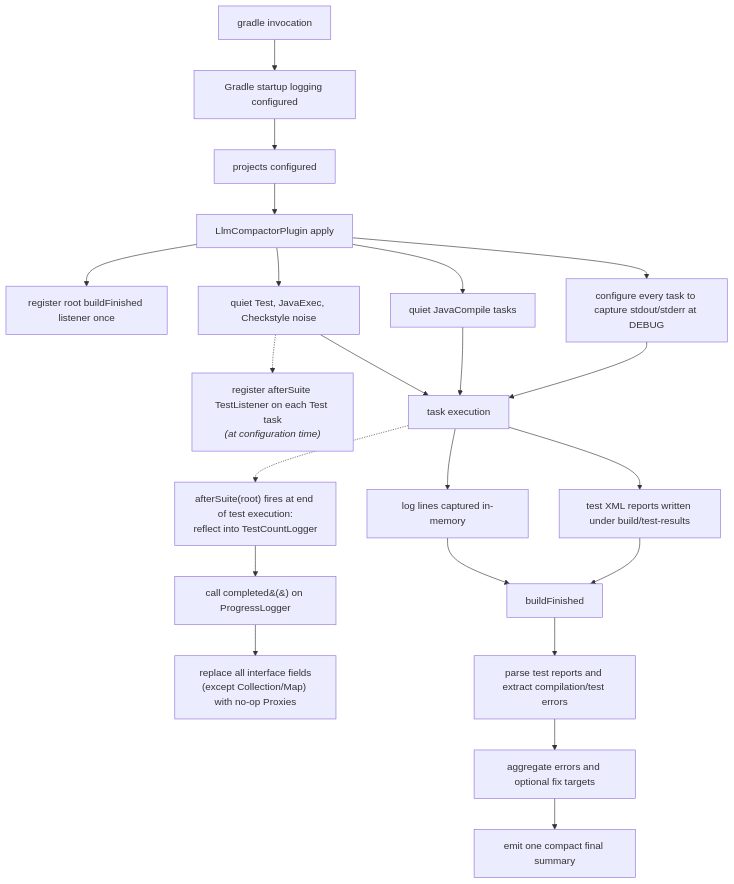
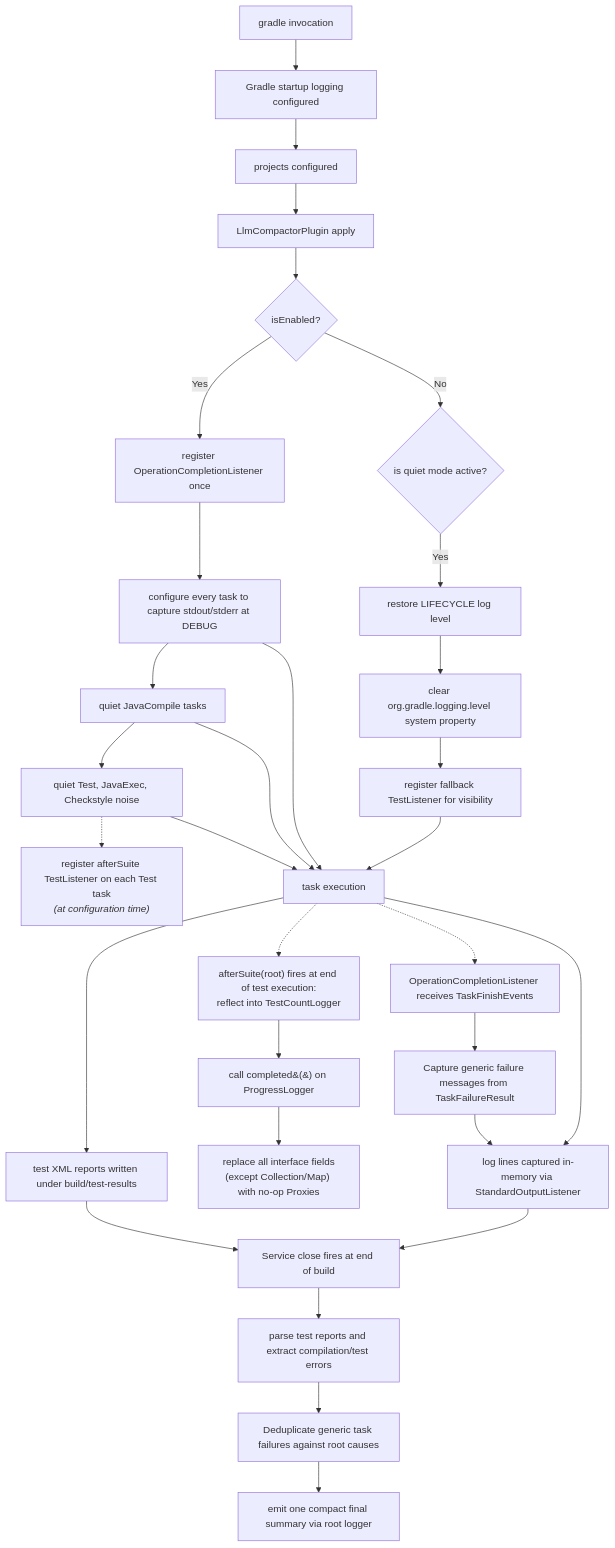
The diagram in docs/gradle-design.md (sfkamath/llm-build-compactor), drawn with Mermaid before and after one commit. The commit also changed other lines of this file and 19 other files, not shown here.

First line of the commit message:
refactor(gradle): unify architecture to one-stage and optimize error signaling

````diff
--- a/docs/gradle-design.md
+++ b/docs/gradle-design.md
@@ -45,24 +44,39 @@
 ```mermaid
 flowchart TD
     A[gradle invocation] --> B[Gradle startup logging configured]
     B --> C[projects configured]
     C --> D[LlmCompactorPlugin apply]
-    D --> E[register root buildFinished listener once]
-    D --> F[configure every task to capture stdout/stderr at DEBUG]
-    D --> G[quiet JavaCompile tasks]
-    D --> H[quiet Test, JavaExec, Checkstyle noise]
-    H -.-> H1["register afterSuite TestListener on each Test task<br/><i>(at configuration time)</i>"]
-    F --> I[task execution]
-    G --> I
-    H --> I
-    I -.-> H2["afterSuite(root) fires at end of test execution:<br/>reflect into TestCountLogger"]
-    H2 --> H3[call completed&#40;&#41; on ProgressLogger]
-    H3 --> H4["replace all interface fields<br/>(except Collection/Map) with no-op Proxies"]
-    I --> J[test XML reports written under build/test-results]
-    I --> K[log lines captured in-memory]
-    J --> L[buildFinished]
-    K --> L
-    L --> M[parse test reports and extract compilation/test errors]
-    M --> N[aggregate errors and optional fix targets]
-    N --> O[emit one compact final summary]
+    D --> E{isEnabled?}
+    
+    E -- Yes --> F[register OperationCompletionListener once]
+    F --> G[configure every task to capture stdout/stderr at DEBUG]
+    G --> H[quiet JavaCompile tasks]
+    H --> I[quiet Test, JavaExec, Checkstyle noise]
+    I -.-> I1["register afterSuite TestListener on each Test task<br/><i>(at configuration time)</i>"]
+    
+    E -- No --> J{is quiet mode active?}
+    J -- Yes --> K[restore LIFECYCLE log level]
+    K --> L[clear org.gradle.logging.level system property]
+    L --> M[register fallback TestListener for visibility]
+    
+    I --> N[task execution]
+    H --> N
+    G --> N
+    M --> N
+    
+    N -.-> N1[OperationCompletionListener receives TaskFinishEvents]
+    N1 --> N2[Capture generic failure messages from TaskFailureResult]
+    N2 --> P
+    
+    N -.-> I2["afterSuite(root) fires at end of test execution:<br/>reflect into TestCountLogger"]
+    I2 --> I3[call completed&#40;&#41; on ProgressLogger]
+    I3 --> I4["replace all interface fields<br/>(except Collection/Map) with no-op Proxies"]
+    
+    N --> O[test XML reports written under build/test-results]
+    N --> P[log lines captured in-memory via StandardOutputListener]
+    O --> Q[Service close fires at end of build]
+    P --> Q
+    Q --> R[parse test reports and extract compilation/test errors]
+    R --> S[Deduplicate generic task failures against root causes]
+    S --> T[emit one compact final summary via root logger]
 ```
````
